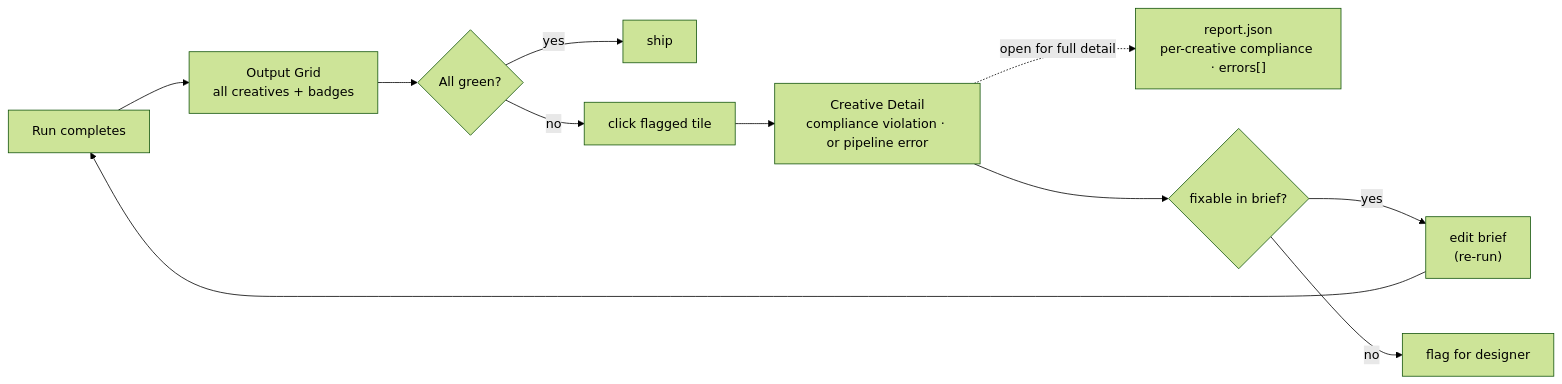
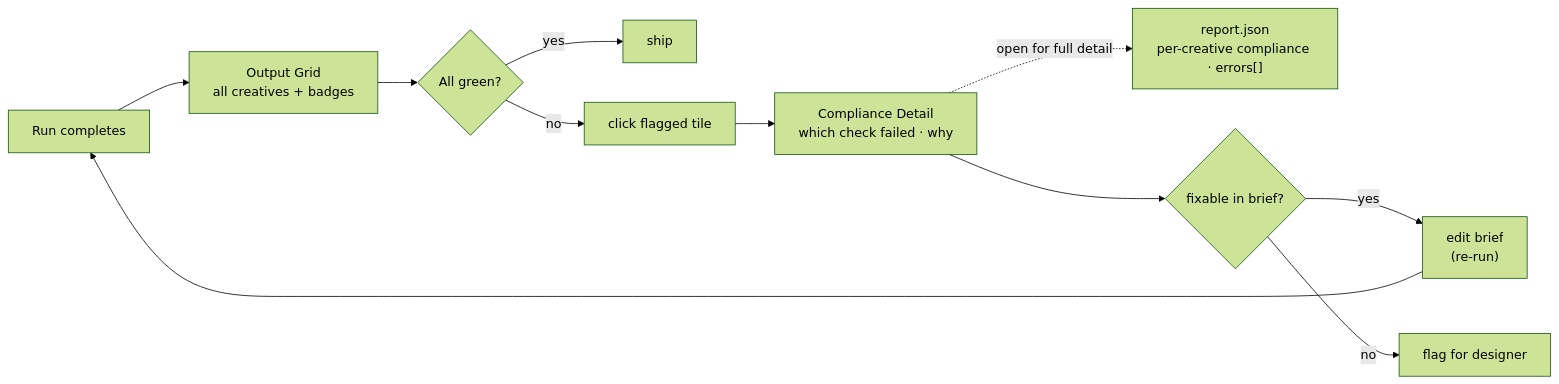
The fifth of 5 diagrams in docs/system-map.md (arndvs/cast), drawn with Mermaid (forest theme) before and after one commit. The commit also changed other lines of this file and 3 other files, not shown here.

````diff
--- a/docs/system-map.md
+++ b/docs/system-map.md
@@ -258,13 +260,13 @@
 ```mermaid
 graph LR
     Done["Run completes"] --> Grid["Output Grid<br/>all creatives + badges"]
     Grid --> Scan{"All green?"}
     Scan -->|yes| Ship["ship"]
     Scan -->|no| Click["click flagged tile"]
-    Click --> Detail["Creative Detail<br/>compliance violation · or pipeline error"]
+    Click --> Detail["Compliance Detail<br/>which check failed · why"]
     Detail -.->|open for full detail| ReportFile["report.json<br/>per-creative compliance · errors[]"]
     Detail --> Decide{"fixable in brief?"}
     Decide -->|yes| EditBrief["edit brief<br/>(re-run)"]
     Decide -->|no| Escalate["flag for designer"]
     EditBrief --> Done
 ```
````
